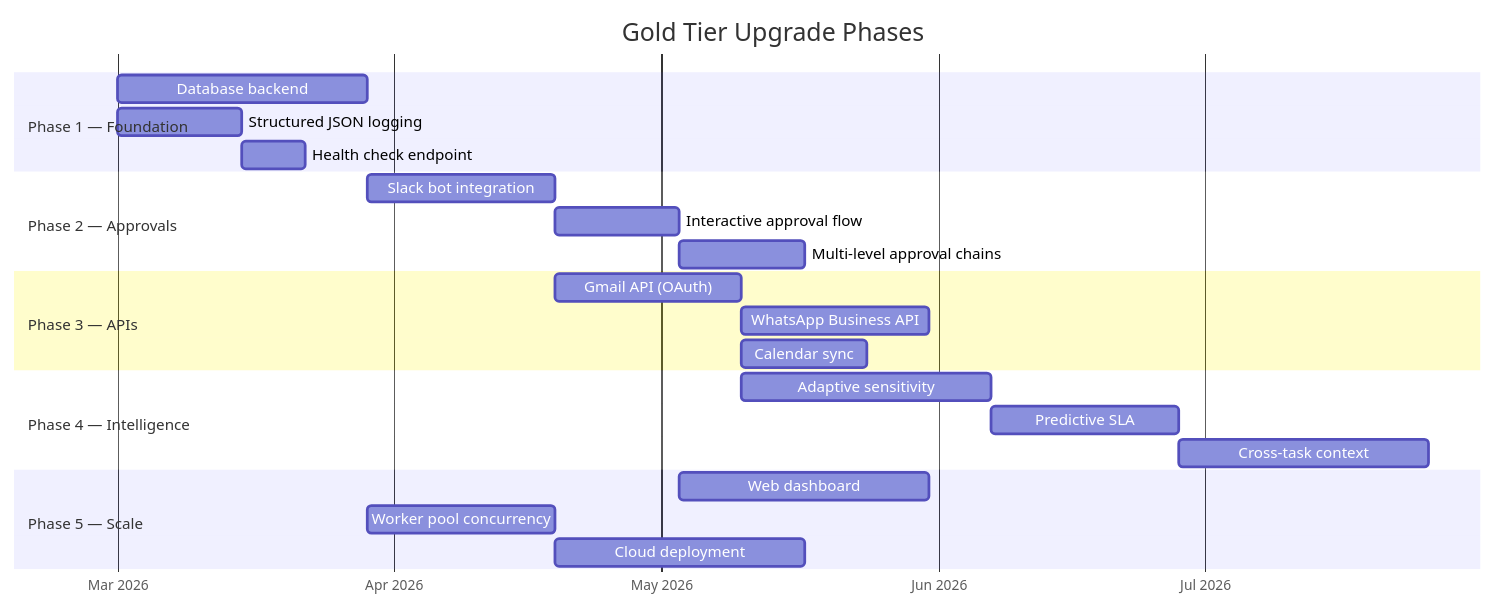
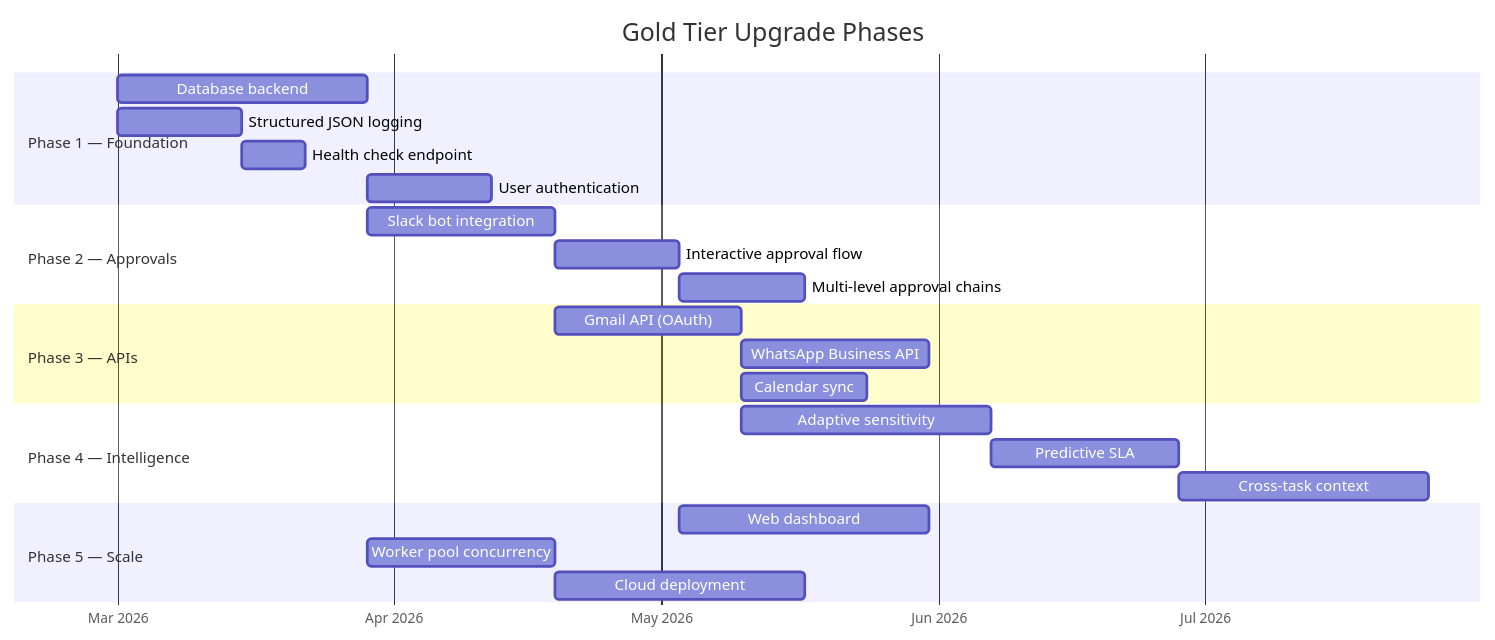
Before and after one commit to Ub207/AI_Employee_Vault: the third of 3 diagrams in Docs/Upgrade_Roadmap.md, drawn with Mermaid. The commit also changed other lines of this file and 6 other files, not shown here.

````diff
--- a/Docs/Upgrade_Roadmap.md
+++ b/Docs/Upgrade_Roadmap.md
@@ -140,31 +150,32 @@
 ```mermaid
 gantt
     title Gold Tier Upgrade Phases
     dateFormat YYYY-MM
     axisFormat %b %Y
 
     section Phase 1 — Foundation
     Database backend           :p1a, 2026-03, 4w
     Structured JSON logging    :p1b, 2026-03, 2w
     Health check endpoint      :p1c, after p1b, 1w
+    User authentication        :p1d, after p1a, 2w
 
     section Phase 2 — Approvals
     Slack bot integration      :p2a, after p1a, 3w
     Interactive approval flow  :p2b, after p2a, 2w
     Multi-level approval chains:p2c, after p2b, 2w
 
     section Phase 3 — APIs
     Gmail API (OAuth)          :p3a, after p2a, 3w
     WhatsApp Business API      :p3b, after p3a, 3w
     Calendar sync              :p3c, after p3a, 2w
 
     section Phase 4 — Intelligence
     Adaptive sensitivity       :p4a, after p3a, 4w
     Predictive SLA             :p4b, after p4a, 3w
     Cross-task context         :p4c, after p4b, 4w
 
     section Phase 5 — Scale
     Web dashboard              :p5a, after p2b, 4w
     Worker pool concurrency    :p5b, after p1a, 3w
     Cloud deployment           :p5c, after p5b, 4w
 ```
````
